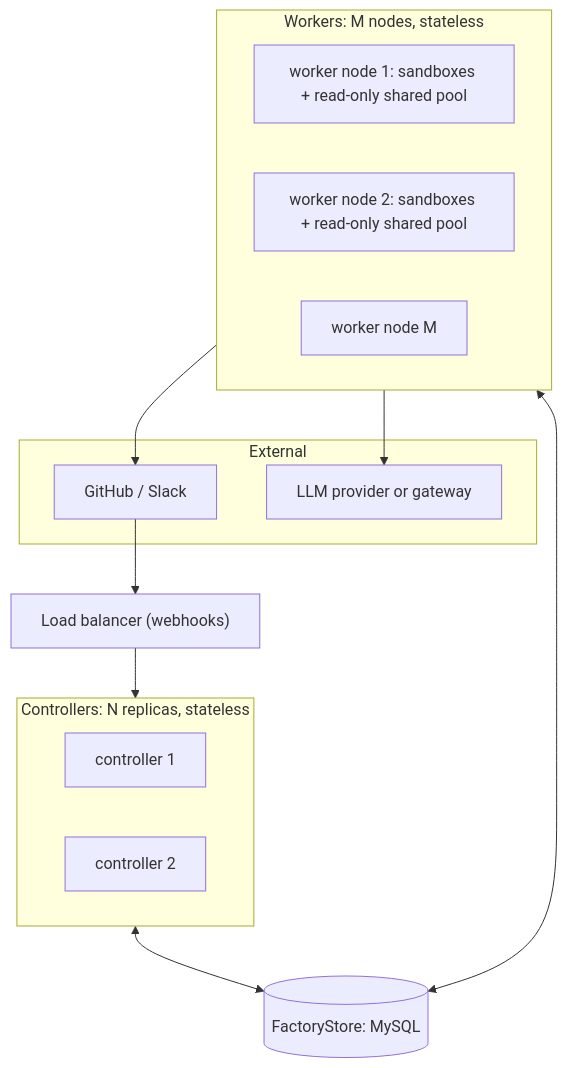
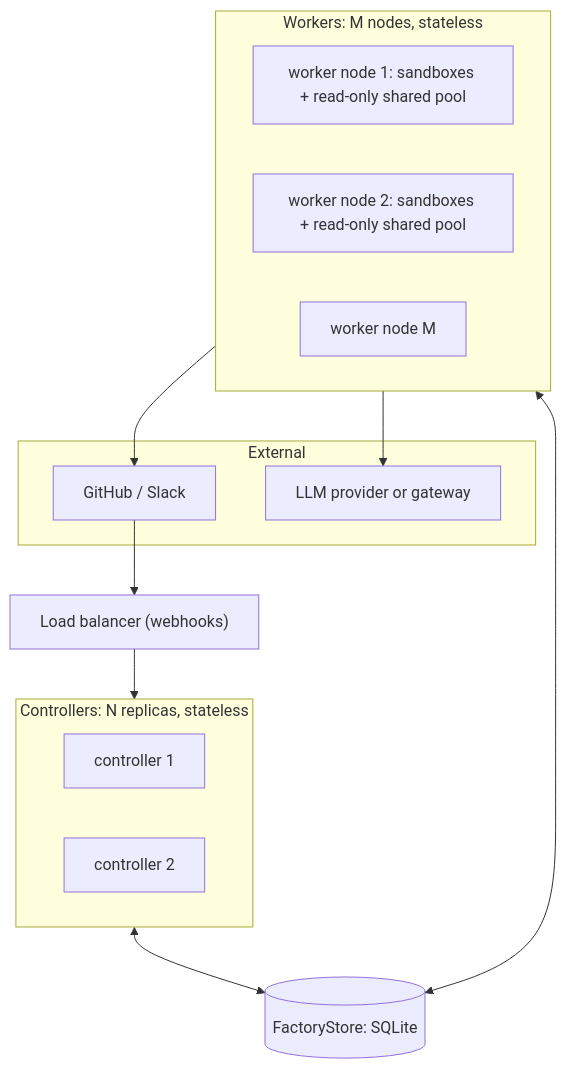
The fourth of 6 diagrams in docs/architecture.md (seonWKim/software-factory), drawn with Mermaid before and after one commit. The commit also changed other lines of this file and 8 other files, not shown here.

Commit message:
Docs: SQLite-only store decision; setup, architecture and SET_UP describe SQLite only

````diff
--- a/docs/architecture.md
+++ b/docs/architecture.md
@@ -191,28 +191,28 @@
 ```mermaid
 graph TB
   subgraph EXT["External"]
     GH["GitHub / Slack"]
     LLM["LLM provider or gateway"]
   end
 
   LB["Load balancer (webhooks)"]
 
   subgraph CTRL["Controllers: N replicas, stateless"]
     C1["controller 1"]
     C2["controller 2"]
   end
 
   subgraph WRK["Workers: M nodes, stateless"]
     W1["worker node 1: sandboxes + read-only shared pool"]
     W2["worker node 2: sandboxes + read-only shared pool"]
     W3["worker node M"]
   end
 
-  ST[("FactoryStore: MySQL")]
+  ST[("FactoryStore: SQLite")]
 
   GH --> LB --> CTRL
   CTRL <--> ST
   WRK <--> ST
   WRK --> GH
   WRK --> LLM
 ```
````
